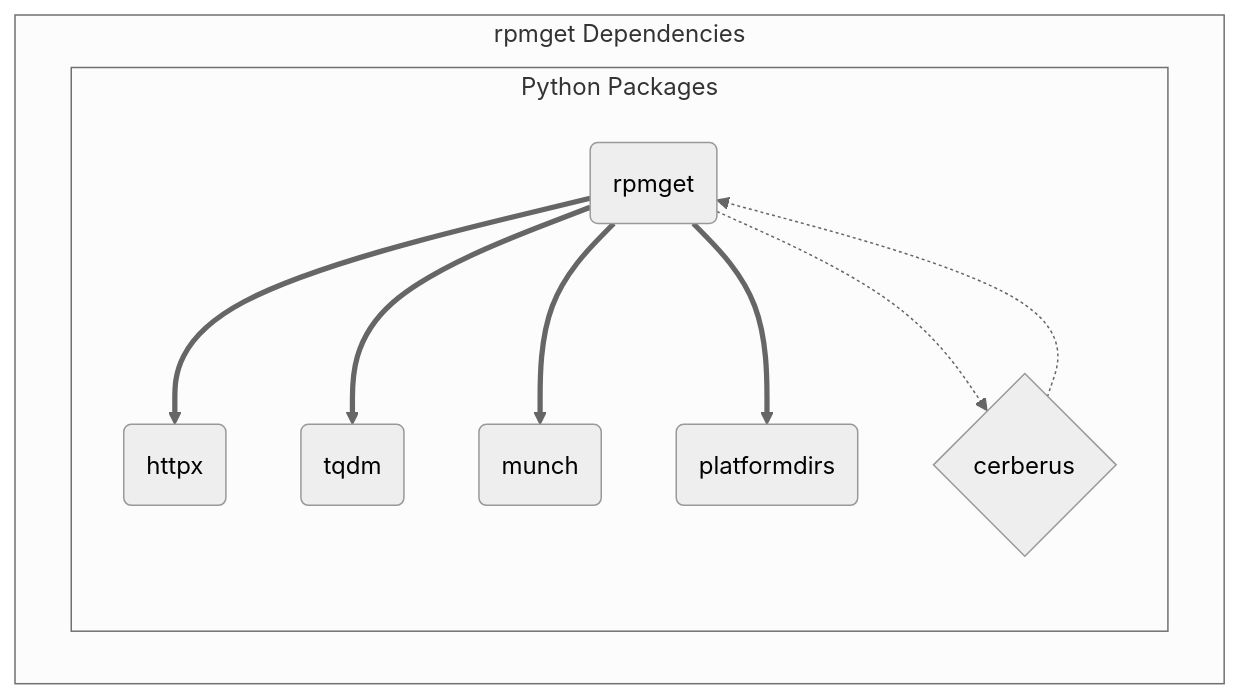
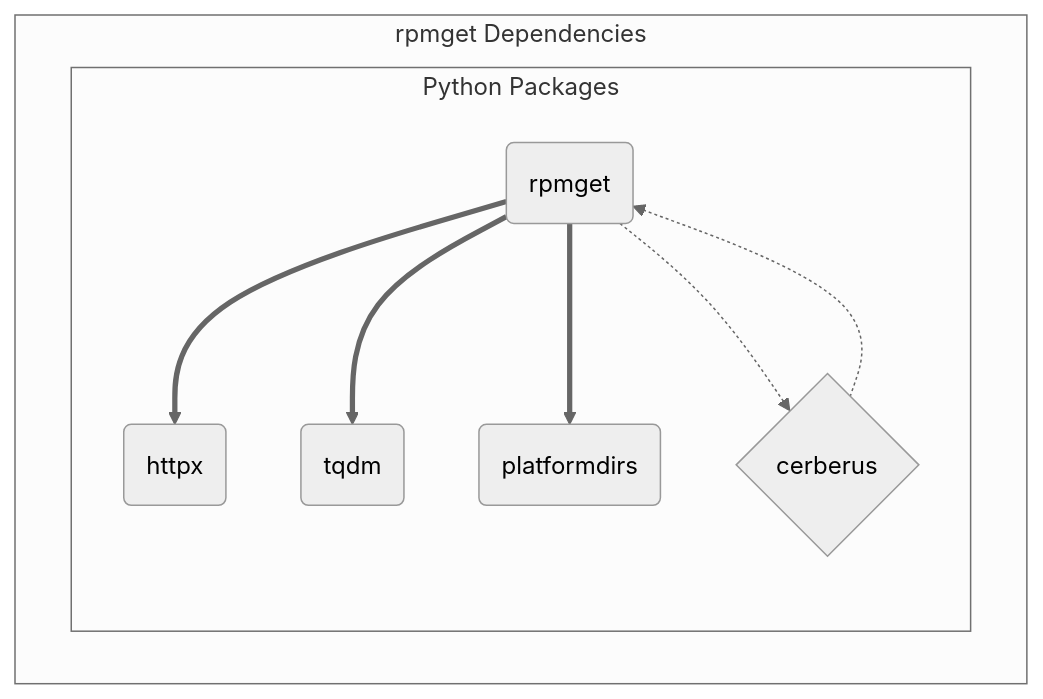
Before and after one commit to VCTLabs/rpmget: the diagram in docs/swd/SDD001.md, drawn with Mermaid (neutral theme). The commit also changed 1 other file, not shown here.

Commit message:
chg: dev: cleanup unused runtime dep but keep it as a test dep for now

````diff
--- a/docs/swd/SDD001.md
+++ b/docs/swd/SDD001.md
@@ -57,16 +57,15 @@
 ```{mermaid}
   graph TB
     subgraph id1[rpmget Dependencies]
       subgraph id2[Python Packages]
         A(rpmget)
         B(httpx)
         C(tqdm)
         D{cerberus}
-        E(munch)
-        F(platformdirs)
+        E(platformdirs)
       end
     end
-    A ==> B & C & E & F
+    A ==> B & C & E
     A -.-> D
     D -.-> A
 ```
````
